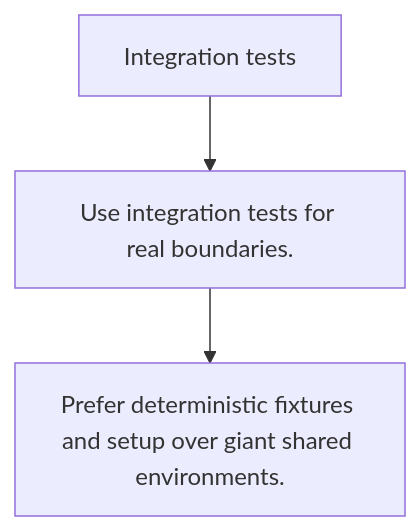
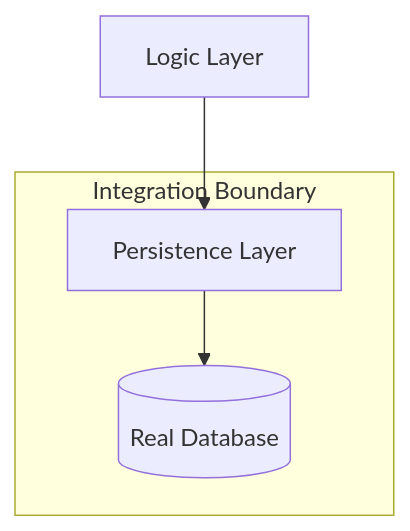
Before and after one commit to swe-labs/the-go-engineer: the diagram in 08-quality-test/01-quality-and-performance/testing/9-integration-tests/README.md, drawn with Mermaid. The commit also changed other lines of this file and 426 other files, not shown here.

````diff
--- a/08-quality-test/01-quality-and-performance/testing/9-integration-tests/README.md
+++ b/08-quality-test/01-quality-and-performance/testing/9-integration-tests/README.md
@@ -17,5 +22,10 @@
 ```mermaid
 graph TD
-    A["Integration tests"] --> B["Use integration tests for real boundaries."]
-    B --> C["Prefer deterministic fixtures and setup over giant shared environments."]
+    A[Logic Layer] --> B[Persistence Layer]
+    B --> C[(Real Database)]
+
+    subgraph "Integration Boundary"
+    B
+    C
+    end
 ```
````
